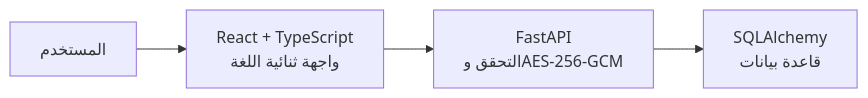
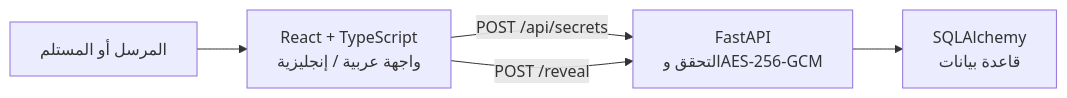
The first of 2 diagrams in README.md (Alhareith/OneSecret), drawn with Mermaid before and after one commit. The commit also changed other lines of this file and 15 other files, not shown here.

````diff
--- a/README.md
+++ b/README.md
@@ -41,6 +50,7 @@
 ```mermaid
 flowchart LR
-    A["المستخدم"] --> B["React + TypeScript\nواجهة ثنائية اللغة"]
-    B --> C["FastAPI\nالتحقق وAES-256-GCM"]
+    A["المرسل أو المستلم"] --> B["React + TypeScript\nواجهة عربية / إنجليزية"]
+    B -->|"POST /api/secrets"| C["FastAPI\nالتحقق وAES-256-GCM"]
+    B -->|"POST /reveal"| C
     C --> D["SQLAlchemy\nقاعدة بيانات"]
 ```
````
